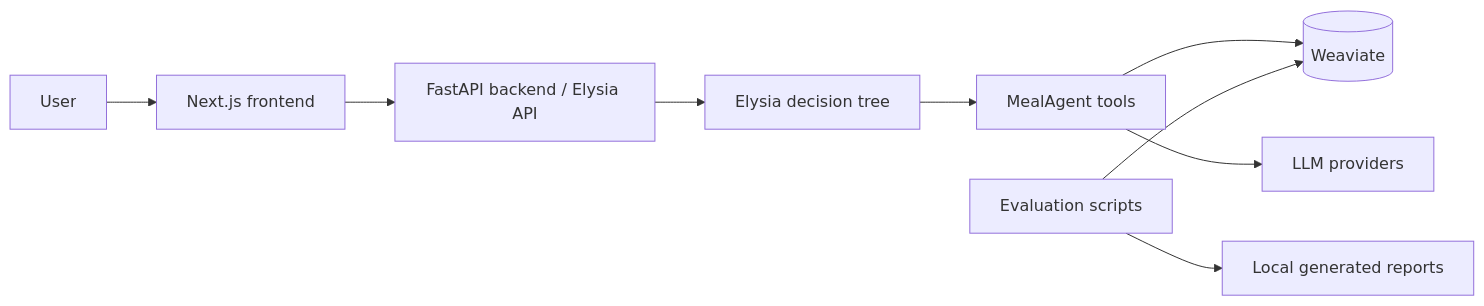
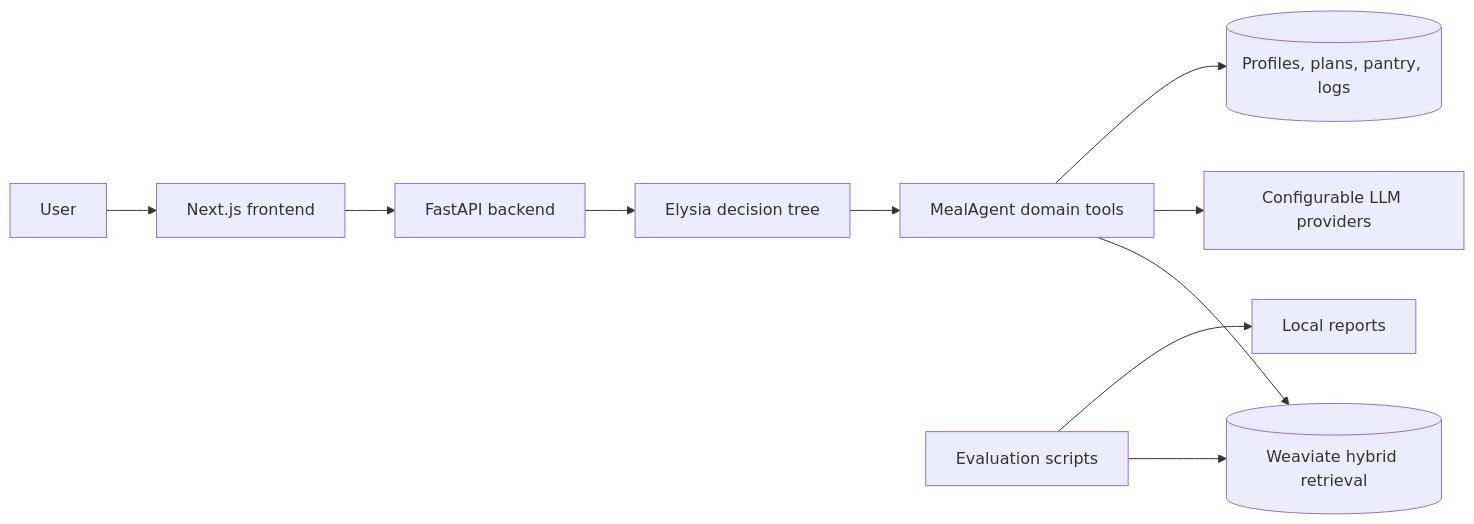
The first of 2 diagrams in README.md (NCHzzz/MealAgent_Project), drawn with Mermaid before and after one commit. The commit also changed other lines of this file, not shown here.

````diff
--- a/README.md
+++ b/README.md
@@ -31,11 +77,12 @@
 ```mermaid
 flowchart LR
     User[User] --> Web[Next.js frontend]
-    Web --> API[FastAPI backend / Elysia API]
-    API --> Tree[Elysia decision tree]
-    Tree --> Tools[MealAgent tools]
-    Tools --> Weaviate[(Weaviate)]
-    Tools --> LLM[LLM providers]
-    Evaluation[Evaluation scripts] --> Weaviate
-    Evaluation --> Reports[Local generated reports]
+    Web --> API[FastAPI backend]
+    API --> Elysia[Elysia decision tree]
+    Elysia --> Tools[MealAgent domain tools]
+    Tools --> Search[(Weaviate hybrid retrieval)]
+    Tools --> LLM[Configurable LLM providers]
+    Tools --> Data[(Profiles, plans, pantry, logs)]
+    Evaluation[Evaluation scripts] --> Search
+    Evaluation --> Reports[Local reports]
 ```
````
